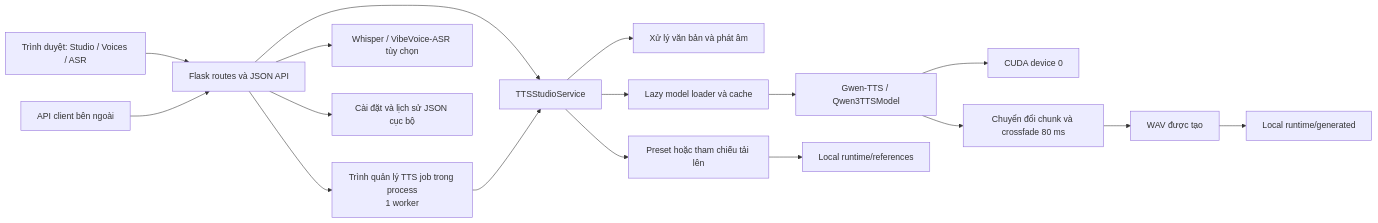
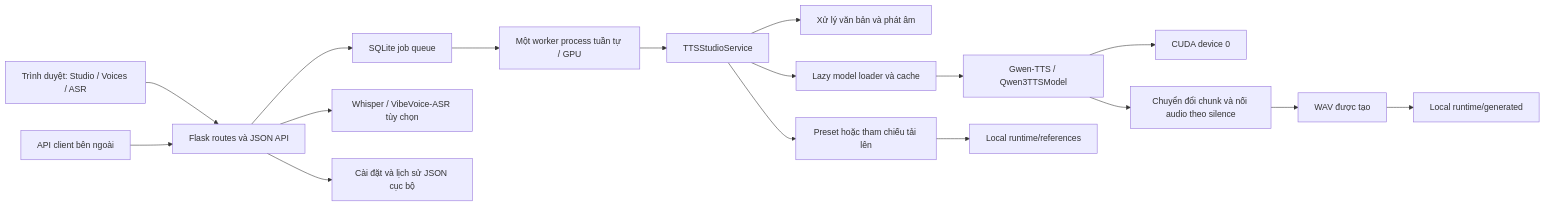
One commit to sin0235/vietnamese-tts-studio changed the first of 2 diagrams in README.md. Above: the diagram before and after it, drawn with Mermaid. The commit also changed other lines of this file and 4 other files, not shown here.

Commit message:
docs: document TTS pipeline and GPU queue

````diff
--- a/README.md
+++ b/README.md
@@ -49,22 +49,22 @@
 ```mermaid
 flowchart LR
     Browser[Trình duyệt: Studio / Voices / ASR] --> Flask[Flask routes và JSON API]
     API[API client bên ngoài] --> Flask
 
-    Flask --> Jobs[Trình quản lý TTS job trong process<br/>1 worker]
-    Flask --> Service[TTSStudioService]
-    Jobs --> Service
+    Flask --> Jobs[SQLite job queue]
+    Jobs --> Workers[Một worker process tuần tự / GPU]
+    Workers --> Service[TTSStudioService]
 
     Service --> Text[Xử lý văn bản và phát âm]
     Service --> Voice[Preset hoặc tham chiếu tải lên]
     Service --> Loader[Lazy model loader và cache]
     Loader --> Gwen[Gwen-TTS / Qwen3TTSModel]
     Gwen --> CUDA[CUDA device 0]
-    Gwen --> Audio[Chuyển đổi chunk và crossfade 80 ms]
+    Gwen --> Audio[Chuyển đổi chunk và nối audio theo silence]
     Audio --> WAV[WAV được tạo]
 
     Flask --> ASR[Whisper / VibeVoice-ASR tùy chọn]
     Flask --> JSON[Cài đặt và lịch sử JSON cục bộ]
     Voice --> Runtime[Local runtime/references]
     WAV --> Generated[Local runtime/generated]
 ```
````
